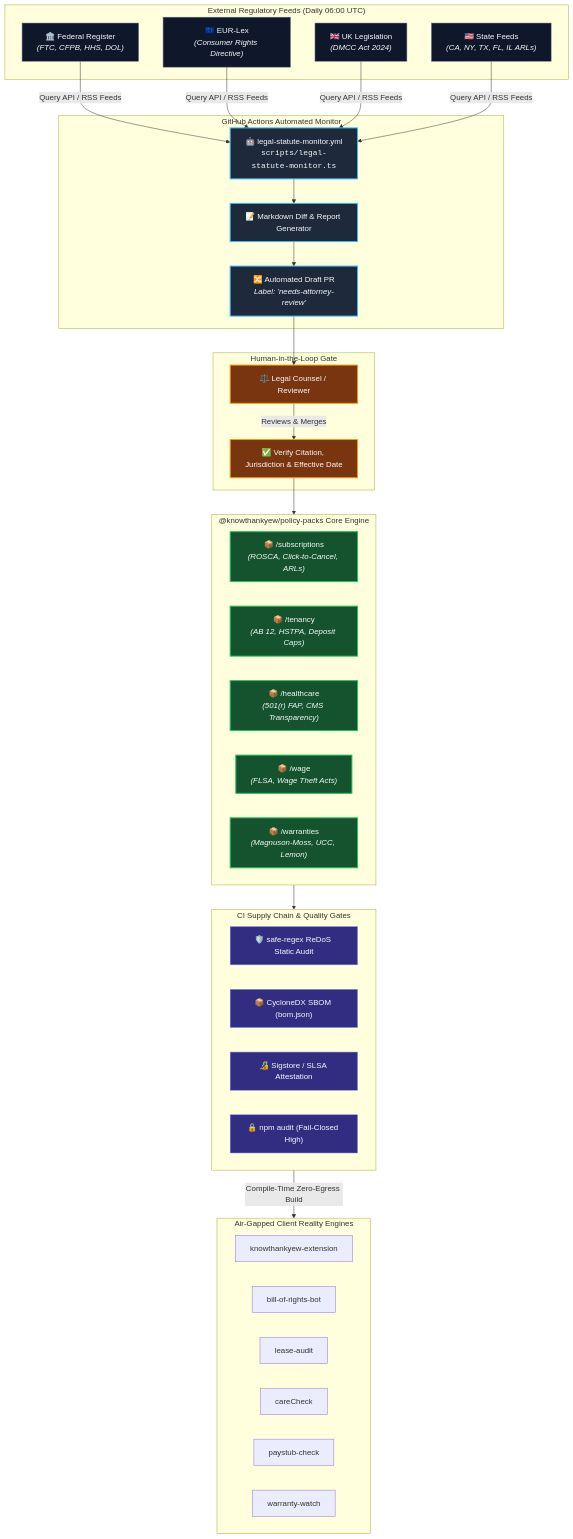
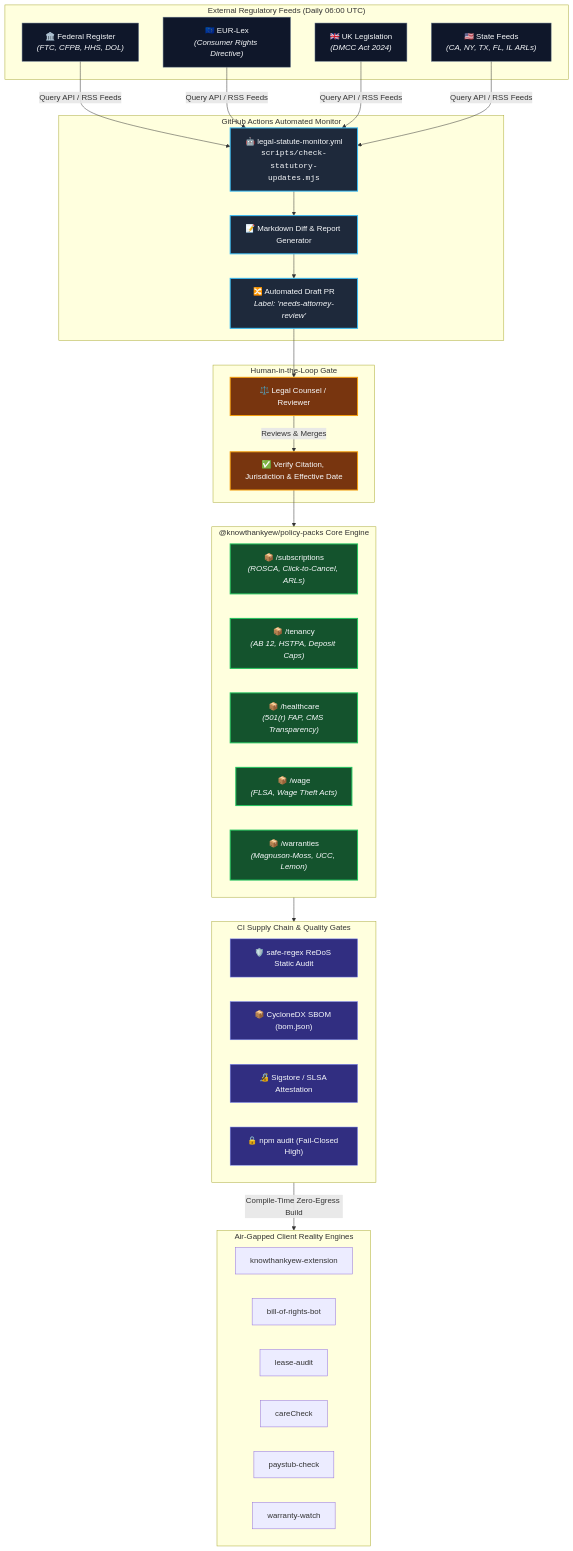
Before and after one commit to knowthankyew/policy-packs: the first of 2 diagrams in docs/ARCHITECTURE.md, drawn with Mermaid. The commit also changed other lines of this file and 1 other file, not shown here.

````diff
--- a/docs/ARCHITECTURE.md
+++ b/docs/ARCHITECTURE.md
@@ -23,68 +23,68 @@
 ```mermaid
 flowchart TD
     subgraph RegulatorySources["External Regulatory Feeds (Daily 06:00 UTC)"]
         FR["🏛️ Federal Register<br/><i>(FTC, CFPB, HHS, DOL)</i>"]
         EURLex["🇪🇺 EUR-Lex<br/><i>(Consumer Rights Directive)</i>"]
         UKLeg["🇬🇧 UK Legislation<br/><i>(DMCC Act 2024)</i>"]
         StateFeeds["🇺🇸 State Feeds<br/><i>(CA, NY, TX, FL, IL ARLs)</i>"]
     end
 
     subgraph Automation["GitHub Actions Automated Monitor"]
-        Monitor["🤖 legal-statute-monitor.yml<br/><code>scripts/legal-statute-monitor.ts</code>"]
+        Monitor["🤖 legal-statute-monitor.yml<br/><code>scripts/check-statutory-updates.mjs</code>"]
         DiffEngine["📝 Markdown Diff & Report Generator"]
         DraftPR["🔀 Automated Draft PR<br/><i>Label: 'needs-attorney-review'</i>"]
     end
 
     subgraph HumanReview["Human-in-the-Loop Gate"]
         Attorney["⚖️ Legal Counsel / Reviewer"]
         Approve["✅ Verify Citation, Jurisdiction & Effective Date"]
     end
 
     subgraph PolicyEngine["@knowthankyew/policy-packs Core Engine"]
         Subscriptions["📦 /subscriptions<br/><i>(ROSCA, Click-to-Cancel, ARLs)</i>"]
         Tenancy["📦 /tenancy<br/><i>(AB 12, HSTPA, Deposit Caps)</i>"]
         Healthcare["📦 /healthcare<br/><i>(501(r) FAP, CMS Transparency)</i>"]
         Wage["📦 /wage<br/><i>(FLSA, Wage Theft Acts)</i>"]
         Warranties["📦 /warranties<br/><i>(Magnuson-Moss, UCC, Lemon)</i>"]
     end
 
     subgraph Verification["CI Supply Chain & Quality Gates"]
         ReDoS["🛡️ safe-regex ReDoS Static Audit"]
         SBOM["📦 CycloneDX SBOM (bom.json)"]
         Cosign["🔏 Sigstore / SLSA Attestation"]
         Audit["🔒 npm audit (Fail-Closed High)"]
     end
 
     subgraph Downstream["Air-Gapped Client Reality Engines"]
         Ext["knowthankyew-extension"]
         BoR["bill-of-rights-bot"]
         Lease["lease-audit"]
         Care["careCheck"]
         Paystub["paystub-check"]
         Warranty["warranty-watch"]
     end
 
     %% Flow connections
     FR & EURLex & UKLeg & StateFeeds -->|"Query API / RSS Feeds"| Monitor
     Monitor --> DiffEngine
     DiffEngine --> DraftPR
     DraftPR --> Attorney
     Attorney -->|"Reviews & Merges"| Approve
     Approve --> PolicyEngine
 
     PolicyEngine --> Verification
     Verification -->|"Compile-Time Zero-Egress Build"| Downstream
 
     %% Class styling
     classDef reg fill:#0f172a,stroke:#64748b,stroke-width:1px,color:#f8fafc;
     classDef auto fill:#1e293b,stroke:#38bdf8,stroke-width:2px,color:#f8fafc;
     classDef gate fill:#78350f,stroke:#f59e0b,stroke-width:2px,color:#f8fafc;
     classDef engine fill:#14532d,stroke:#22c55e,stroke-width:2px,color:#f8fafc;
     classDef ci fill:#312e81,stroke:#818cf8,stroke-width:1px,color:#f8fafc;
 
     class FR,EURLex,UKLeg,StateFeeds reg;
     class Monitor,DiffEngine,DraftPR auto;
     class Attorney,Approve gate;
     class Subscriptions,Tenancy,Healthcare,Wage,Warranties engine;
     class ReDoS,SBOM,Cosign,Audit ci;
 ```
````
